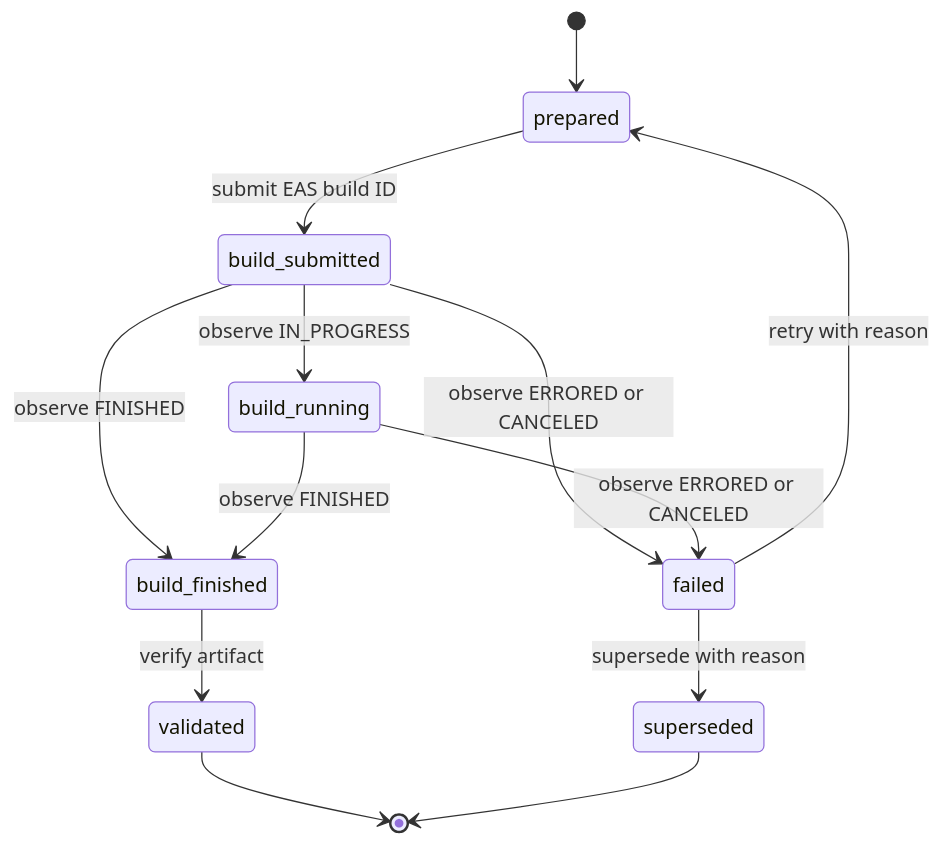
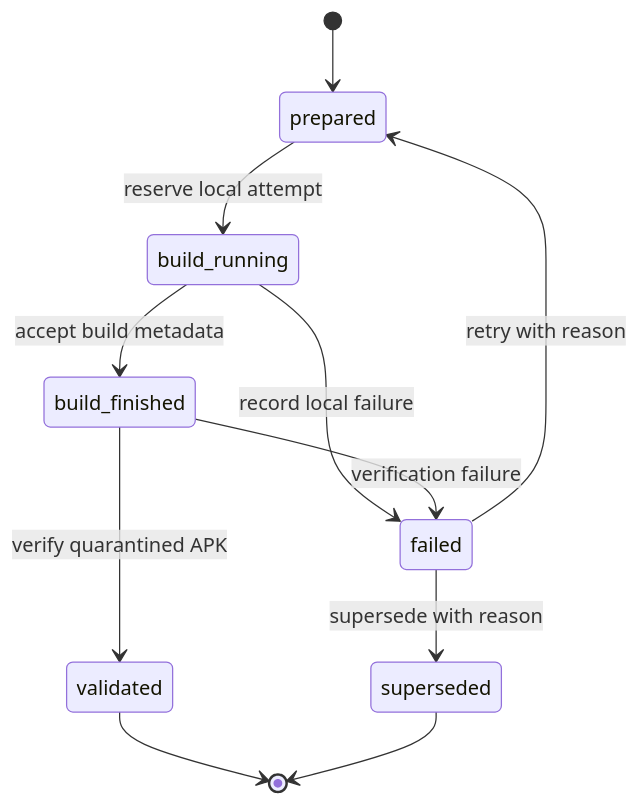
One commit to maximofn/gymnasia changed the fourth of 4 diagrams in openwiki/operations/build-release-and-testing.md. Above: the diagram before and after it, drawn with Mermaid. The commit also changed other lines of this file and 41 other files, not shown here.

````diff
--- a/openwiki/operations/build-release-and-testing.md
+++ b/openwiki/operations/build-release-and-testing.md
@@ -250,15 +258,13 @@
 ```mermaid
 stateDiagram-v2
     [*] --> prepared
-    prepared --> build_submitted: submit EAS build ID
-    build_submitted --> build_running: observe IN_PROGRESS
-    build_submitted --> build_finished: observe FINISHED
-    build_running --> build_finished: observe FINISHED
-    build_submitted --> failed: observe ERRORED or CANCELED
-    build_running --> failed: observe ERRORED or CANCELED
+    prepared --> build_running: reserve local attempt
+    build_running --> build_finished: accept build metadata
+    build_running --> failed: record local failure
+    build_finished --> failed: verification failure
     failed --> prepared: retry with reason
     failed --> superseded: supersede with reason
-    build_finished --> validated: verify artifact
+    build_finished --> validated: verify quarantined APK
     validated --> [*]
     superseded --> [*]
 ```
````
